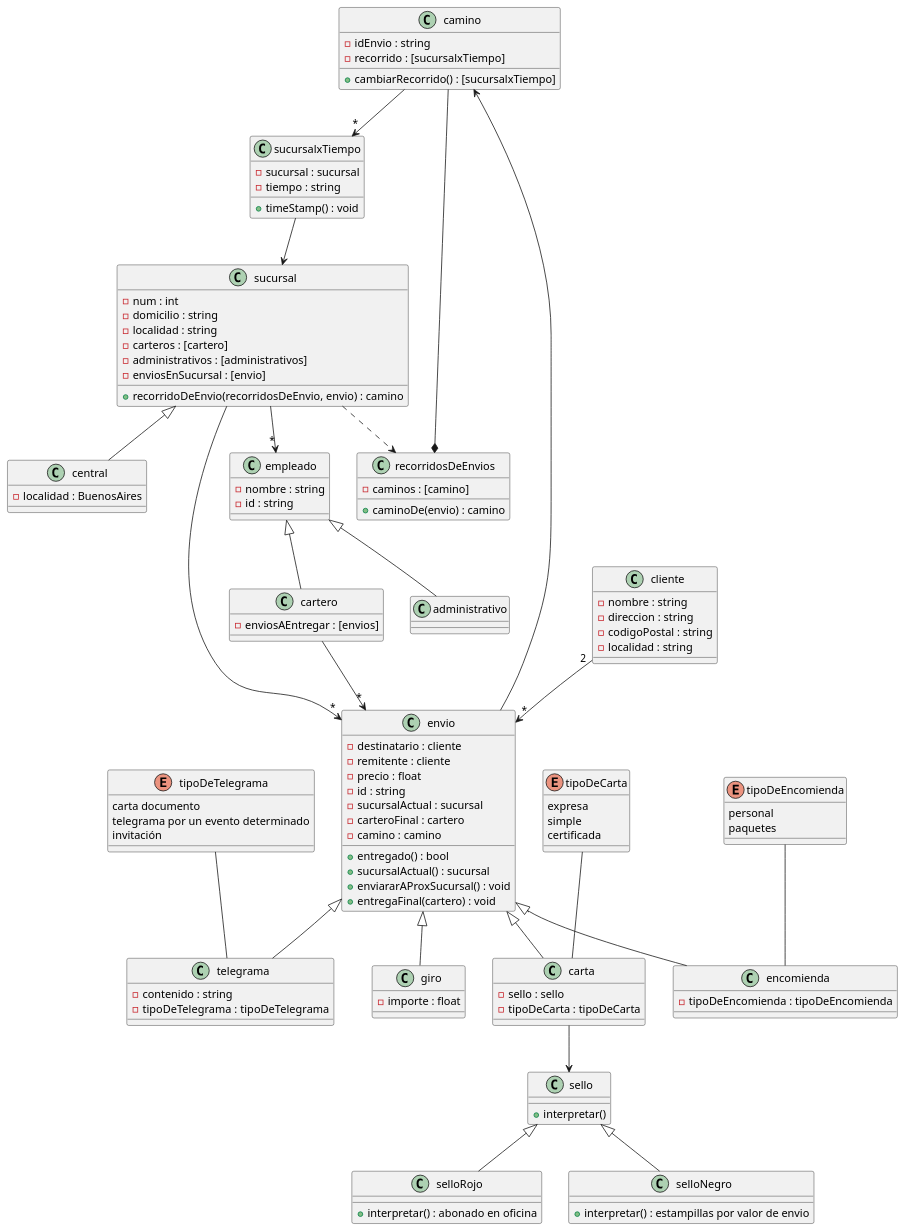
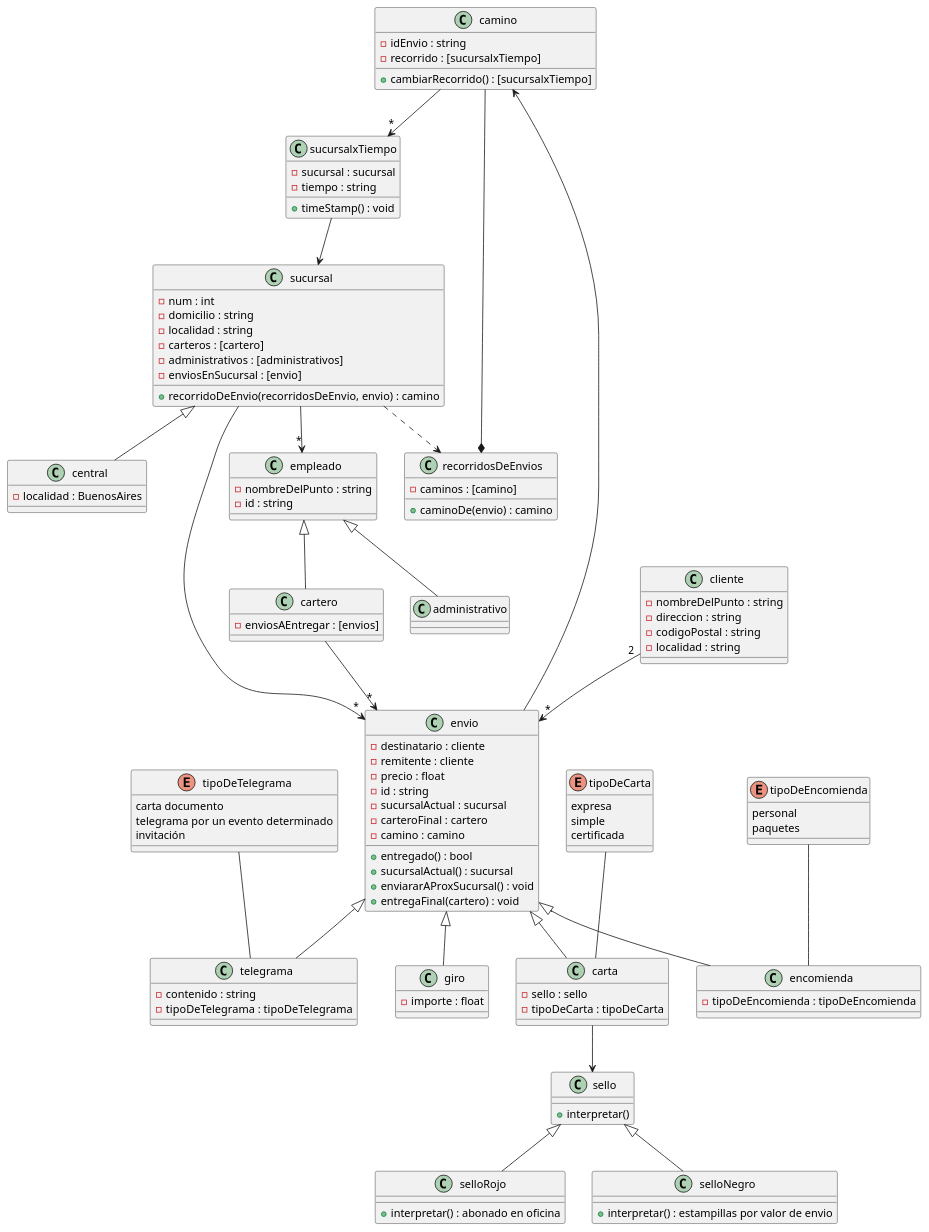
Before and after one commit to GonzaloFernandez20/DDS-K3002-2024-Grupo8: the diagram in TP's-Grupales/13_Correo/out/production/Correo/Correo/1-Correo.plantuml, drawn with PlantUML. The commit also changed 10 other files, not shown here.

Commit message:
Adaptacion a diagrama de clases II (Localizacion y MedioDeContacto)

```diff
--- a/TP's-Grupales/13_Correo/out/production/Correo/Correo/1-Correo.plantuml
+++ b/TP's-Grupales/13_Correo/out/production/Correo/Correo/1-Correo.plantuml
@@ -1,116 +1,116 @@
 @startuml 13Correo
 class sucursal{
     -num : int
     -domicilio : string
     -localidad : string
     -carteros : [cartero]
     -administrativos : [administrativos]
     -enviosEnSucursal : [envio]
     +recorridoDeEnvio(recorridosDeEnvio, envio) : camino
 }
 
 class central extends sucursal{
     -localidad : BuenosAires
 }
 
 class empleado{
-    -nombre : string
+    -nombreDelPunto : string
     -id : string
 }
 
 class administrativo extends empleado{}
 
 class cartero extends empleado{
     -enviosAEntregar : [envios]
 }
 
 class cliente{
-    -nombre : string
+    -nombreDelPunto : string
     -direccion : string
     -codigoPostal : string
     -localidad : string
 }
 class envio{
     -destinatario : cliente
     -remitente : cliente
     -precio : float
     -id : string
     -sucursalActual : sucursal
     -carteroFinal : cartero
     -camino : camino
     +entregado() : bool
     +sucursalActual() : sucursal
     +enviararAProxSucursal() : void
     +entregaFinal(cartero) : void
 }
 class camino{
     -idEnvio : string
     -recorrido : [sucursalxTiempo]
     +cambiarRecorrido() : [sucursalxTiempo]
 }
 class recorridosDeEnvios{
     -caminos : [camino]
     +caminoDe(envio) : camino
 }
 
 
 class telegrama extends envio{
     -contenido : string
     -tipoDeTelegrama : tipoDeTelegrama
 
 }
 
 class giro extends envio{
     -importe : float
 }
 
 class carta extends envio{
     -sello : sello
     -tipoDeCarta : tipoDeCarta
 }
 class sello{
     +interpretar()
 }
 class selloRojo extends sello{
     +interpretar() : abonado en oficina
 }
 class selloNegro extends sello{
     +interpretar() : estampillas por valor de envio
 }
 
 class encomienda extends envio{
     -tipoDeEncomienda : tipoDeEncomienda
 }
 enum tipoDeEncomienda{
     personal
     paquetes
 }
 enum tipoDeCarta{
     expresa
     simple
     certificada
 }
 enum tipoDeTelegrama{
     carta documento
     telegrama por un evento determinado
     invitación
 }
 class sucursalxTiempo{
     -sucursal : sucursal
     -tiempo : string
     +timeStamp() : void
 }
 sucursal -->"*" envio
 camino <-- envio
 camino -->"*" sucursalxTiempo
 sucursalxTiempo --> sucursal
 tipoDeCarta -- carta
 tipoDeTelegrama -- telegrama
 tipoDeEncomienda -- encomienda
 cliente "2"-->"*" envio
 camino --* recorridosDeEnvios
 sucursal -->"*" empleado
 cartero -->"*" envio
 carta --> sello
 sucursal ..> recorridosDeEnvios
 @enduml
```
